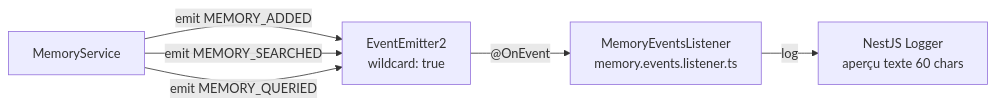
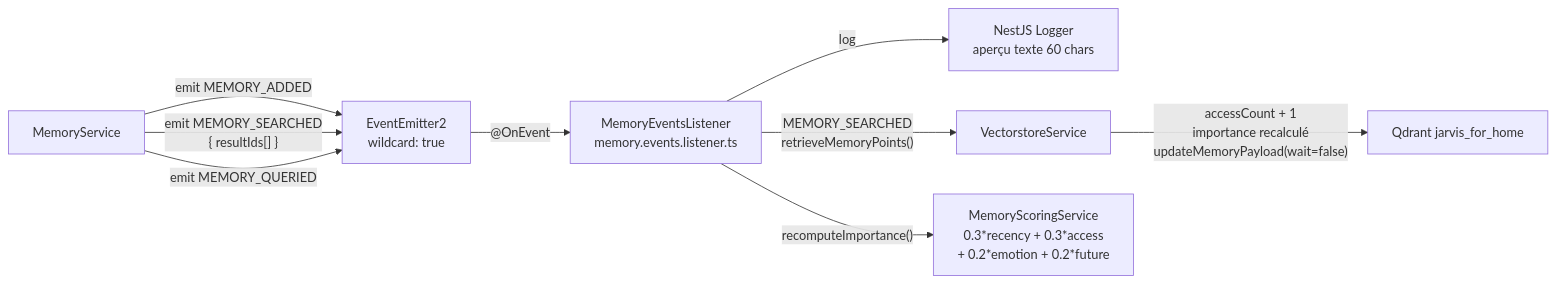
Before and after one commit to Yesub/jarvis-full-solution: the seventh of 11 diagrams in plan/architecture-flows.md, drawn with Mermaid. The commit also changed other lines of this file and 8 other files, not shown here.

Commit message:
feat: Implement MemoryScoringService for importance scoring and update memory handling in MemoryService and MemoryEventsListener

````diff
--- a/plan/architecture-flows.md
+++ b/plan/architecture-flows.md
@@ -238,9 +238,12 @@
 ```mermaid
 graph LR
     MemSvc["MemoryService"]
     MemSvc -->|"emit MEMORY_ADDED"| EB["EventEmitter2\nwildcard: true"]
-    MemSvc -->|"emit MEMORY_SEARCHED"| EB
+    MemSvc -->|"emit MEMORY_SEARCHED\n{ resultIds[] }"| EB
     MemSvc -->|"emit MEMORY_QUERIED"| EB
     EB -->|"@OnEvent"| Listener["MemoryEventsListener\nmemory.events.listener.ts"]
     Listener -->|"log"| Logger["NestJS Logger\naperçu texte 60 chars"]
+    Listener -->|"MEMORY_SEARCHED\nretrieveMemoryPoints()"| VectorSvc["VectorstoreService"]
+    VectorSvc -->|"accessCount + 1\nimportance recalculé\nupdateMemoryPayload(wait=false)"| Qdrant["Qdrant jarvis_for_home"]
+    Listener -->|"recomputeImportance()"| ScoringService["MemoryScoringService\n0.3*recency + 0.3*access\n+ 0.2*emotion + 0.2*future"]
 ```
````
